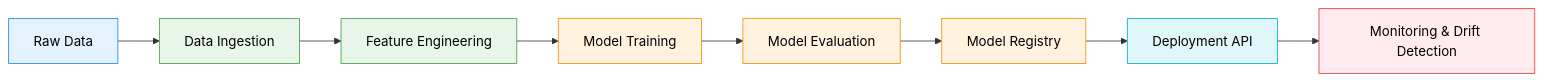
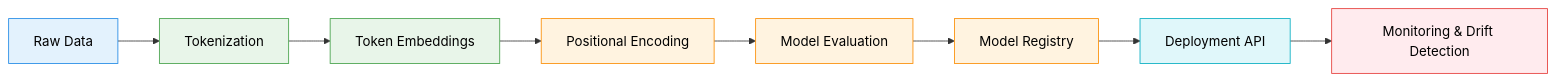
The fourth of 4 diagrams in README.md (Sandhyaganesan23/Gen_AI), drawn with Mermaid before and after one commit.

Commit message:
Update flowchart to reflect new data processing steps

````diff
--- a/README.md
+++ b/README.md
@@ -31,22 +31,22 @@
 ```mermaid
 flowchart LR
-    A[Raw Data] --> B[Data Ingestion]
-    B --> C[Feature Engineering]
-    C --> D[Model Training]
+    A[Raw Data] --> B[Tokenization]
+    B --> C[Token Embeddings]
+    C --> D[Positional Encoding]
     D --> E[Model Evaluation]
     E --> F[Model Registry]
     F --> G[Deployment API]
     G --> H[Monitoring & Drift Detection]
 
     classDef data fill:#E3F2FD,stroke:#1E88E5,color:#000
     classDef process fill:#E8F5E9,stroke:#43A047,color:#000
     classDef model fill:#FFF3E0,stroke:#FB8C00,color:#000
     classDef deploy fill:#E0F7FA,stroke:#00ACC1,color:#000
     classDef monitor fill:#FFEBEE,stroke:#E53935,color:#000
 
     class A data
     class B,C process
     class D,E,F model
     class G deploy
     class H monitor
 ```
````
